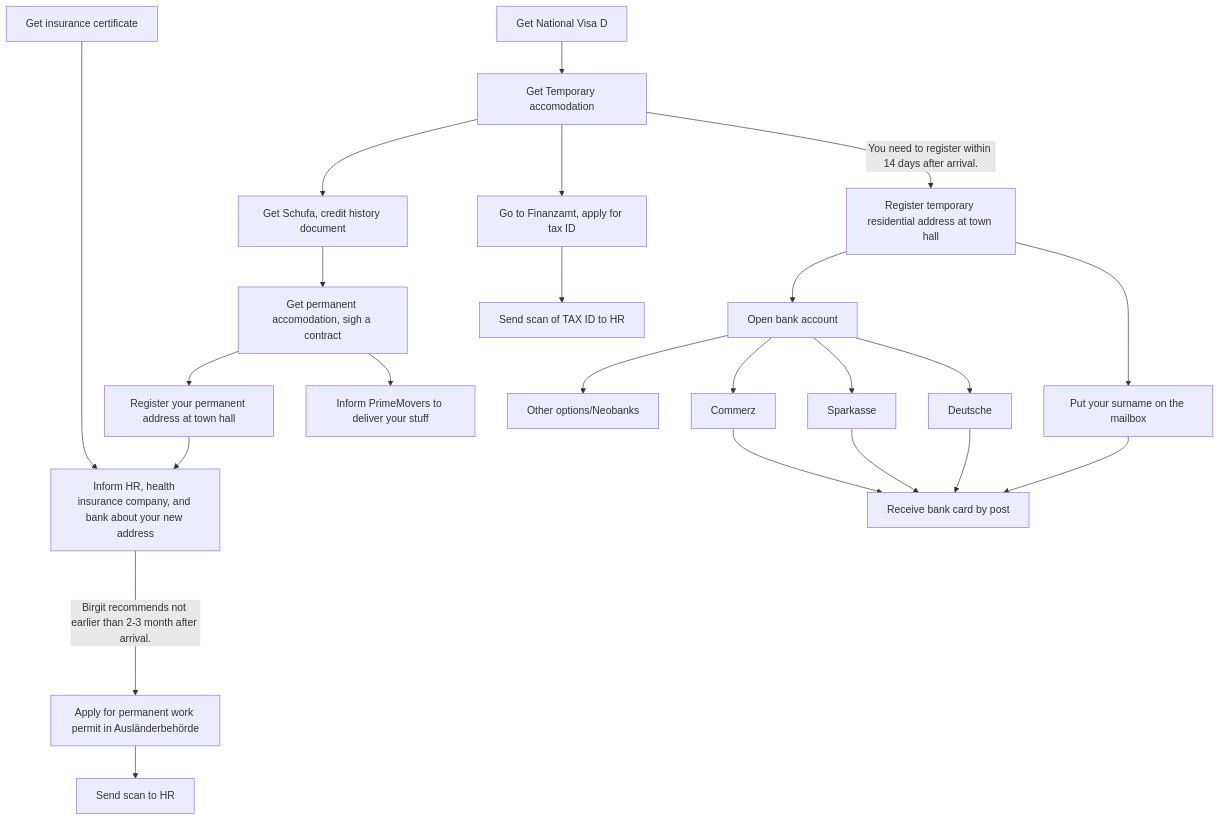
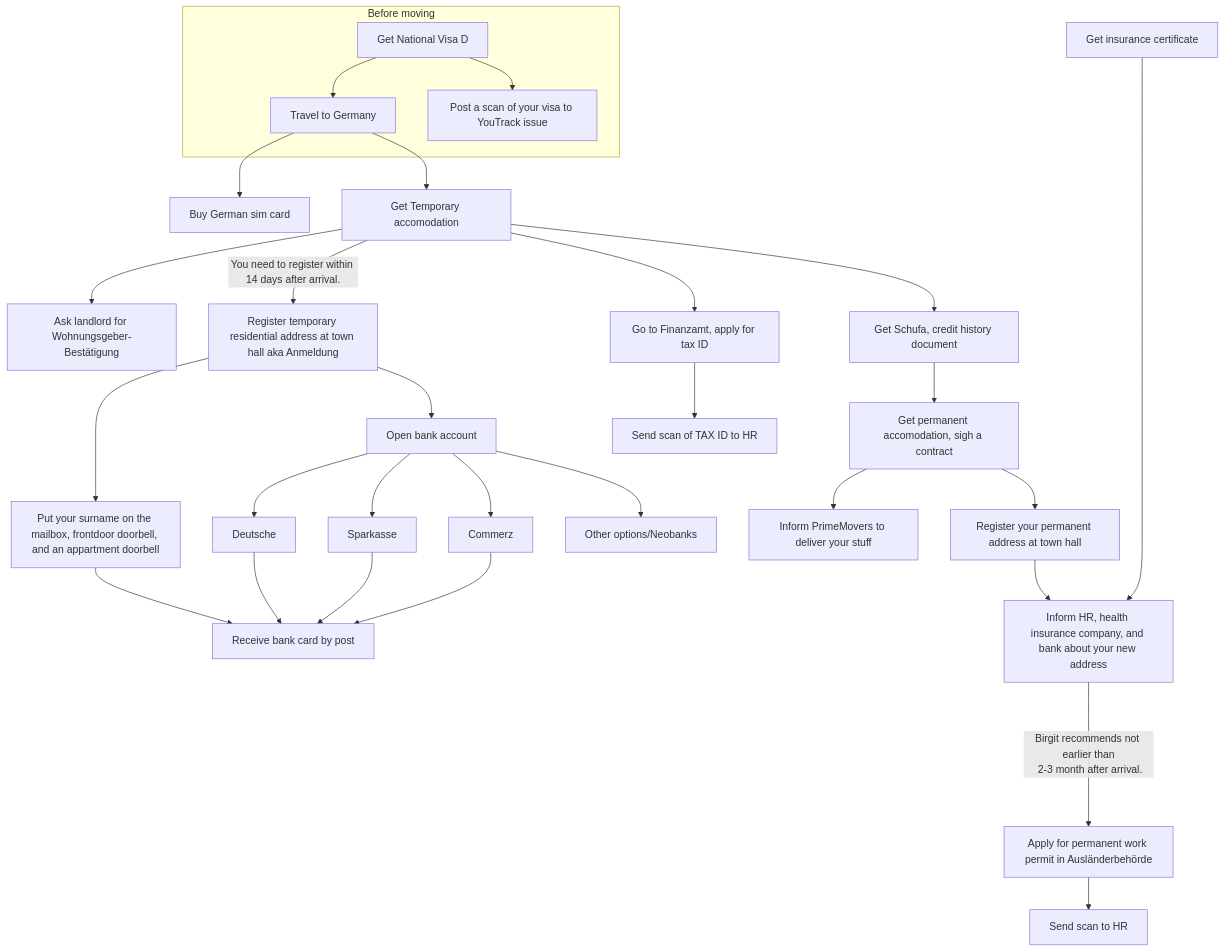
One commit to lananovikova10/howtoberlin changed the diagram in sequence-of-steps.md. Above: the diagram before and after it, drawn with Mermaid.

Commit message:
add post box label step

````diff
--- a/sequence-of-steps.md
+++ b/sequence-of-steps.md
@@ -3,25 +3,29 @@
 ```mermaid
 graph TB
-    A[Get National Visa D] --> B[Get Temporary accomodation]
-    Q[Get insurance certificate] ------> L
-    B[Get Temporary accomodation] --> |You need to register within 14 days after arrival.| W[Register temporary residential address at town hall]
+    subgraph Before moving
+    A[Get National Visa D] --> U[Travel to Germany]
+    A --> R[Post a scan of your visa to YouTrack issue]
+    end
+    U --> P[Buy German sim card]
+    U --> B[Get Temporary accomodation]
+    B --> O[Ask landlord for Wohnungsgeber-Bestätigung]
+    Q[Get insurance certificate] -------> L
+    B[Get Temporary accomodation] --> |You need to register within 14 days after arrival.| W[Register temporary residential address at town hall aka Anmeldung]
     B --> G[Go to Finanzamt, apply for tax ID]
-    W --> X[Put your surname on the mailbox]
+    W --> X[Put your surname on the mailbox, frontdoor doorbell, and an appartment doorbell]
     W --> C[Open bank account]
     C --> D[Deutsche]
     C --> E[Sparkasse]
     C --> F[Commerz]
     C --> V[Other options/Neobanks]
-    D --> Y[Receive bank card by post]
+    D & E & F --> Y[Receive bank card by post]
     X --> Y
-    E --> Y[Receive bank card by post]
-    F --> Y[Receive bank card by post]
     G --> H[Send scan of TAX ID to HR]
     B --> Z[Get Schufa, credit history document] 
     Z --> J[Get permanent accomodation, sigh a contract]
     J --> I[Inform PrimeMovers to deliver your stuff]
     J --> K[Register your permanent address at town hall]
     K --> L[Inform HR, health insurance company, and bank about your new address]
-    L ----> |Birgit recommends not earlier than 2-3 month after arrival.| M[Apply for permanent work permit in Ausländerbehörde]
+    L ----> |Birgit recommends not earlier than<br/> 2-3 month after arrival.| M[Apply for permanent work permit in Ausländerbehörde]
     M --> N[Send scan to HR]
 ```
````
